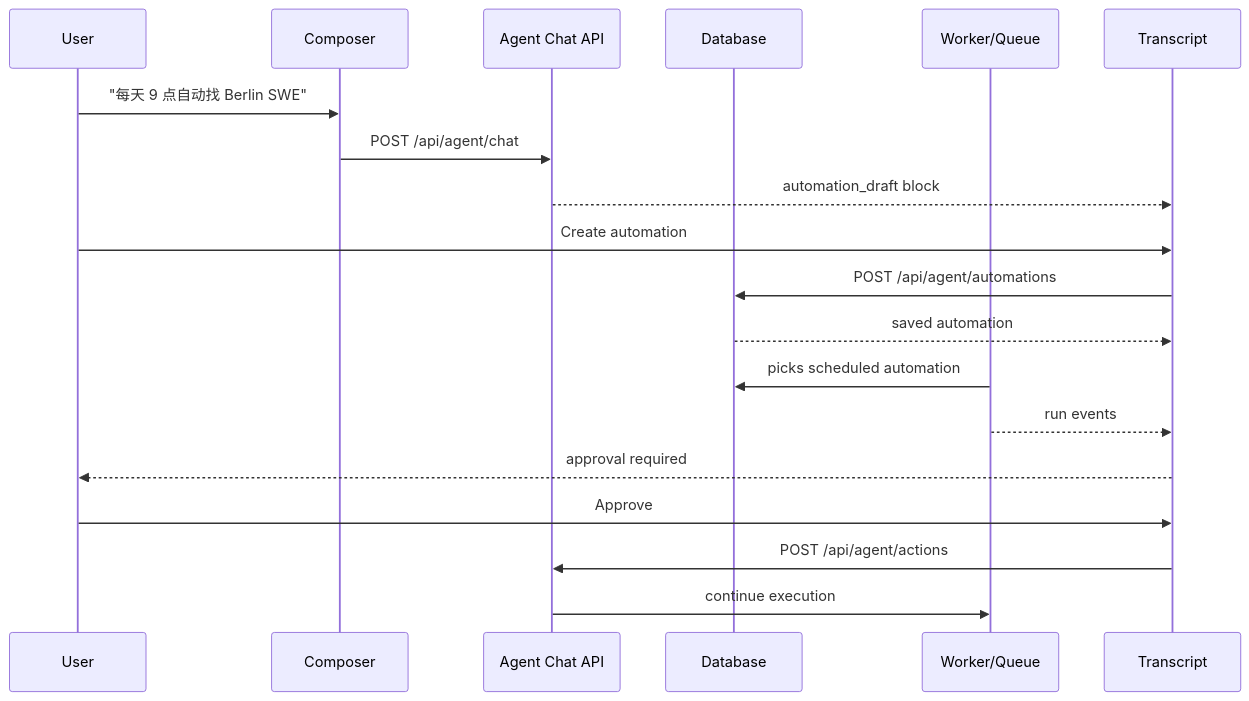
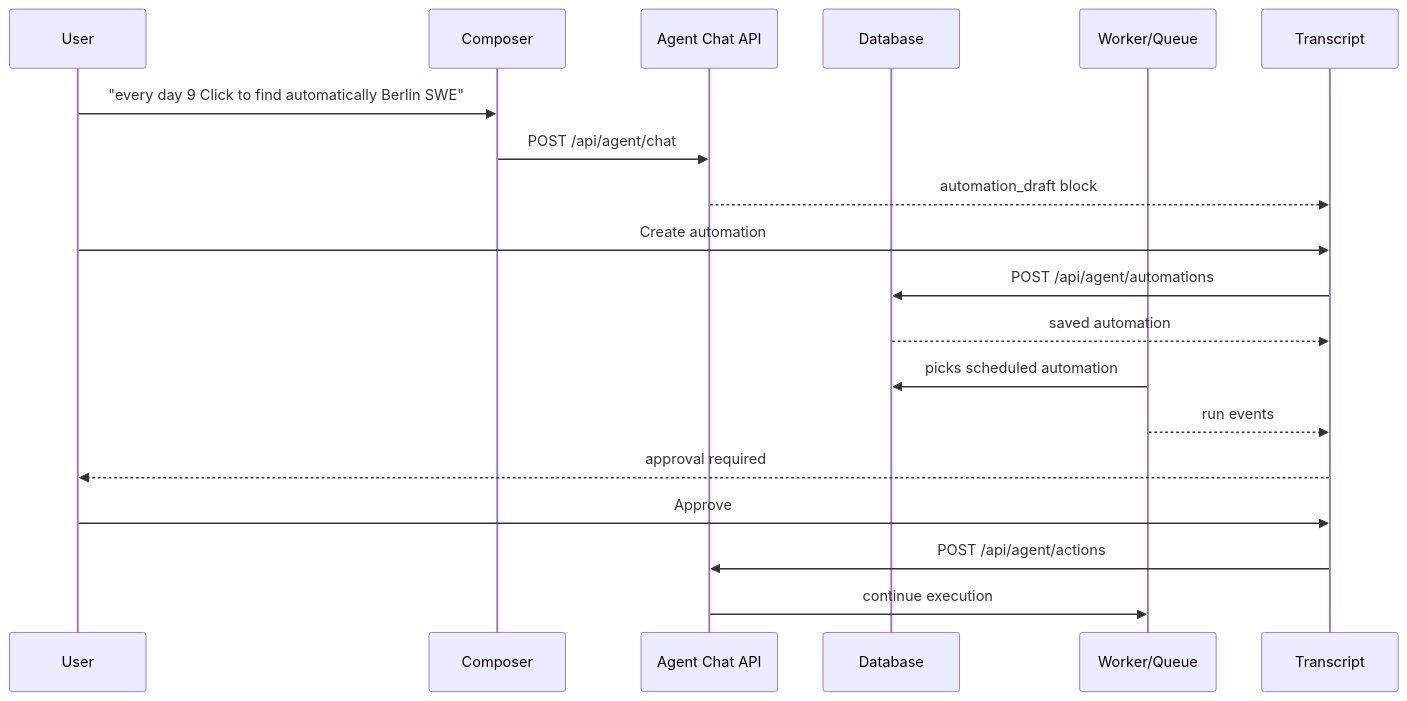
Before and after one commit to YuanshuoDu/applymate-jobcopilot: the second of 2 diagrams in docs/agent-workspace-redesign.md, drawn with Mermaid. The commit also changed other lines of this file and 66 other files, not shown here.

````diff
--- a/docs/agent-workspace-redesign.md
+++ b/docs/agent-workspace-redesign.md
@@ -448,22 +448,22 @@
 ```mermaid
 sequenceDiagram
   participant U as User
   participant C as Composer
   participant A as Agent Chat API
   participant DB as Database
   participant Q as Worker/Queue
   participant T as Transcript
 
-  U->>C: "每天 9 点自动找 Berlin SWE"
+  U->>C: "every day 9 Click to find automatically Berlin SWE"
   C->>A: POST /api/agent/chat
   A-->>T: automation_draft block
   U->>T: Create automation
   T->>DB: POST /api/agent/automations
   DB-->>T: saved automation
   Q->>DB: picks scheduled automation
   Q-->>T: run events
   T-->>U: approval required
   U->>T: Approve
   T->>A: POST /api/agent/actions
   A->>Q: continue execution
 ```
````
